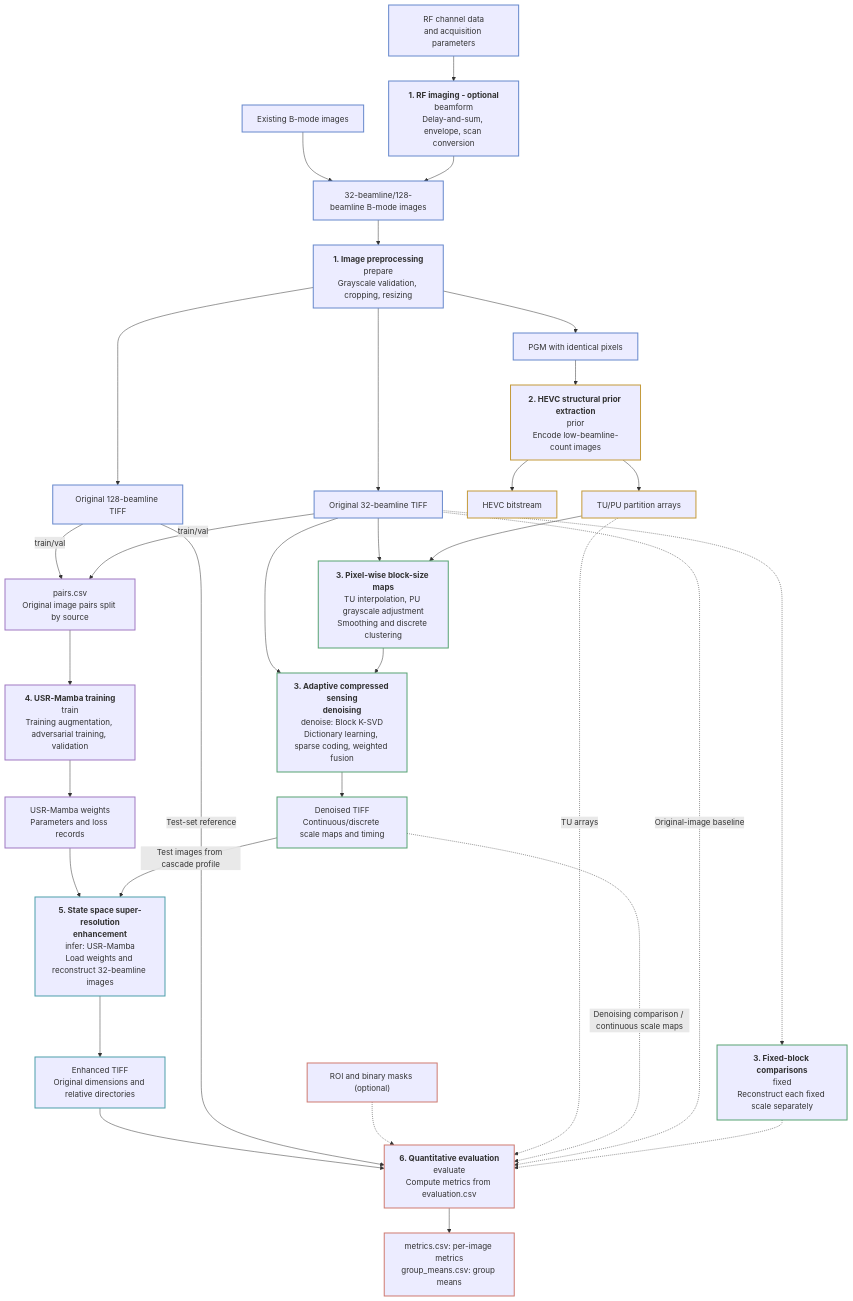
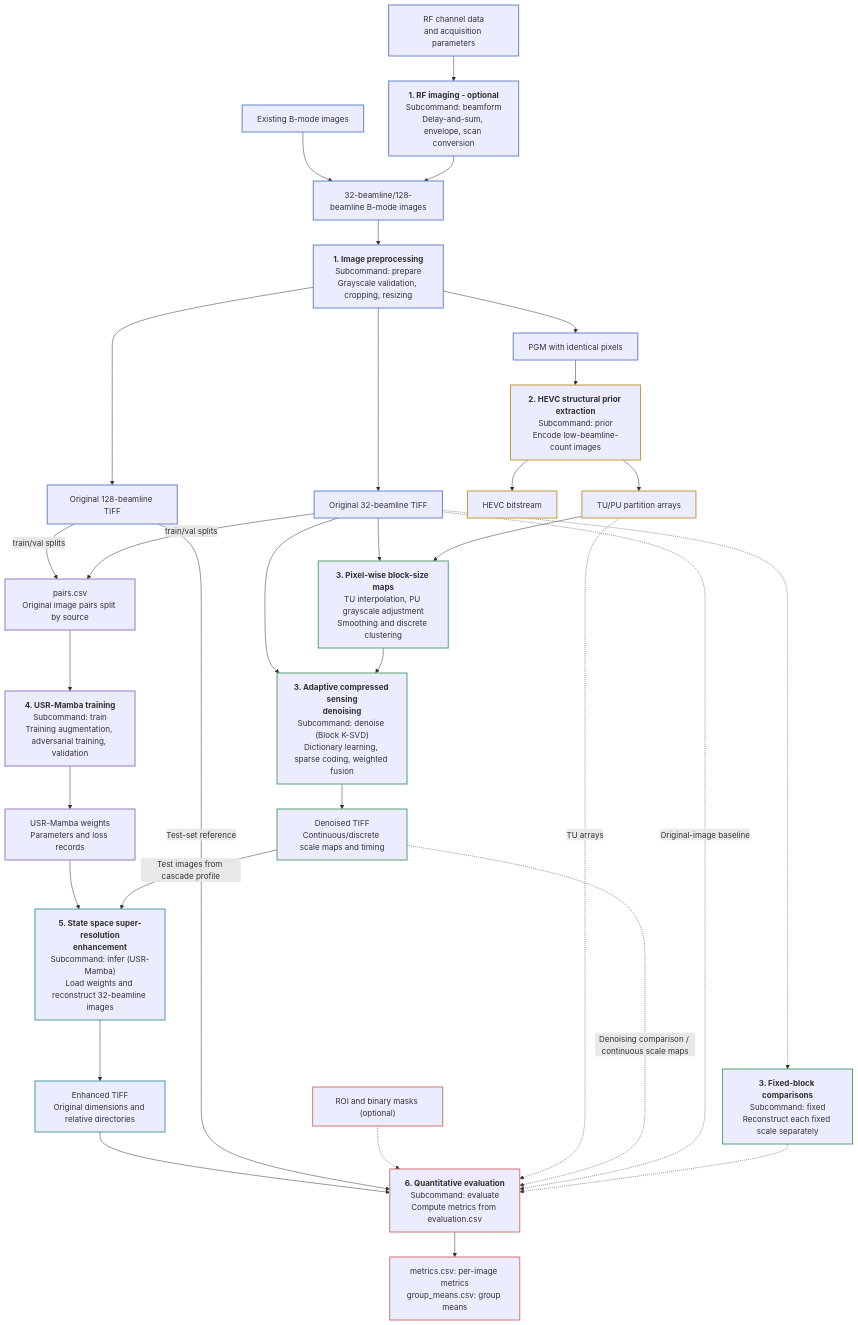
Before and after one commit to LumaVistaLab/hevc-ksvd-mamba-for-ultrasound: the first of 7 diagrams in README.md, drawn with Mermaid. The commit also changed other lines of this file and 3 other files, not shown here.

````diff
--- a/README.md
+++ b/README.md
@@ -13,51 +13,51 @@
 ```mermaid
 flowchart TD
     %% Keep stage titles in regular nodes so cross-stage edges do not cross subgraph titles or borders.
-    RF["RF channel data<br/>and acquisition parameters"] --> BF["<b>1. RF imaging - optional</b><br/>beamform<br/>Delay-and-sum, envelope, scan conversion"]
+    RF["RF channel data<br/>and acquisition parameters"] --> BF["<b>1. RF imaging - optional</b><br/>Subcommand: beamform<br/>Delay-and-sum, envelope, scan conversion"]
     BF --> BM["32-beamline/128-beamline B-mode images"]
     Existing["Existing B-mode images"] --> BM
-    BM --> Prep["<b>1. Image preprocessing</b><br/>prepare<br/>Grayscale validation, cropping, resizing"]
+    BM --> Prep["<b>1. Image preprocessing</b><br/>Subcommand: prepare<br/>Grayscale validation, cropping, resizing"]
     Prep --> Low["Original 32-beamline TIFF"]
     Prep --> High["Original 128-beamline TIFF"]
     Prep --> PGM["PGM with identical pixels"]
 
-    PGM --> HEVC["<b>2. HEVC structural prior extraction</b><br/>prior<br/>Encode low-beamline-count images"]
+    PGM --> HEVC["<b>2. HEVC structural prior extraction</b><br/>Subcommand: prior<br/>Encode low-beamline-count images"]
     HEVC --> Stream["HEVC bitstream"]
     HEVC --> Blocks["TU/PU partition arrays"]
     Blocks --> Maps["<b>3. Pixel-wise block-size maps</b><br/>TU interpolation, PU grayscale adjustment<br/>Smoothing and discrete clustering"]
     Low --> Maps
-    Maps --> KSVD["<b>3. Adaptive compressed sensing<br/>denoising</b><br/>denoise: Block K-SVD<br/>Dictionary learning, sparse coding, weighted fusion"]
+    Maps --> KSVD["<b>3. Adaptive compressed sensing<br/>denoising</b><br/>Subcommand: denoise (Block K-SVD)<br/>Dictionary learning, sparse coding, weighted fusion"]
     Low --> KSVD
     KSVD --> Denoised["Denoised TIFF<br/>Continuous/discrete scale maps and timing"]
 
-    Low -->|train/val| Pairs["pairs.csv<br/>Original image pairs split by source"]
-    High -->|train/val| Pairs
-    Pairs --> Train["<b>4. USR-Mamba training</b><br/>train<br/>Training augmentation, adversarial training, validation"]
+    Low -->|train/val splits| Pairs["pairs.csv<br/>Original image pairs split by source"]
+    High -->|train/val splits| Pairs
+    Pairs --> Train["<b>4. USR-Mamba training</b><br/>Subcommand: train<br/>Training augmentation, adversarial training, validation"]
     Train --> Weights["USR-Mamba weights<br/>Parameters and loss records"]
-    Denoised -->|Test images from cascade profile| Infer["<b>5. State space super-resolution<br/>enhancement</b><br/>infer: USR-Mamba<br/>Load weights and reconstruct 32-beamline images"]
+    Denoised -->|Test images from cascade profile| Infer["<b>5. State space super-resolution<br/>enhancement</b><br/>Subcommand: infer (USR-Mamba)<br/>Load weights and reconstruct 32-beamline images"]
     Weights --> Infer
     Infer --> Enhanced["Enhanced TIFF<br/>Original dimensions and relative directories"]
 
-    Low -.-> Fixed["<b>3. Fixed-block comparisons</b><br/>fixed<br/>Reconstruct each fixed scale separately"]
-    Fixed -.-> Eval["<b>6. Quantitative evaluation</b><br/>evaluate<br/>Compute metrics from evaluation.csv"]
+    Low -.-> Fixed["<b>3. Fixed-block comparisons</b><br/>Subcommand: fixed<br/>Reconstruct each fixed scale separately"]
+    Fixed -.-> Eval["<b>6. Quantitative evaluation</b><br/>Subcommand: evaluate<br/>Compute metrics from evaluation.csv"]
     Low -.->|Original-image baseline| Eval
     Denoised -.->|Denoising comparison / continuous scale maps| Eval
     Blocks -.->|TU arrays| Eval
     Annotations["ROI and binary masks (optional)"] -.-> Eval
     High -->|Test-set reference| Eval
     Enhanced --> Eval
     Eval --> Reports["metrics.csv: per-image metrics<br/>group_means.csv: group means"]
 
     classDef imaging stroke:#6688cc,stroke-width:2px;
     classDef structure stroke:#c49a3a,stroke-width:2px;
     classDef denoising stroke:#57a373,stroke-width:2px;
     classDef training stroke:#a079c2,stroke-width:2px;
     classDef inference stroke:#4c9eaa,stroke-width:2px;
     classDef metrics stroke:#cf7a70,stroke-width:2px;
     class RF,BF,BM,Existing,Prep,Low,High,PGM imaging;
     class HEVC,Stream,Blocks structure;
     class Maps,KSVD,Denoised,Fixed denoising;
     class Pairs,Train,Weights training;
     class Infer,Enhanced inference;
     class Annotations,Eval,Reports metrics;
 ```
````
